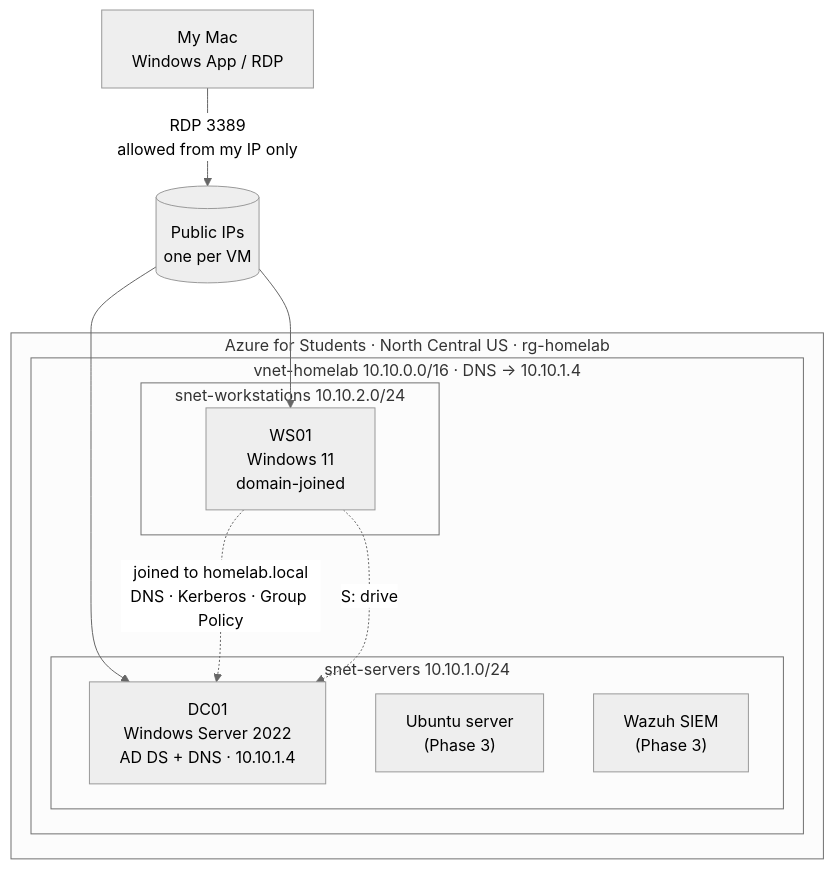
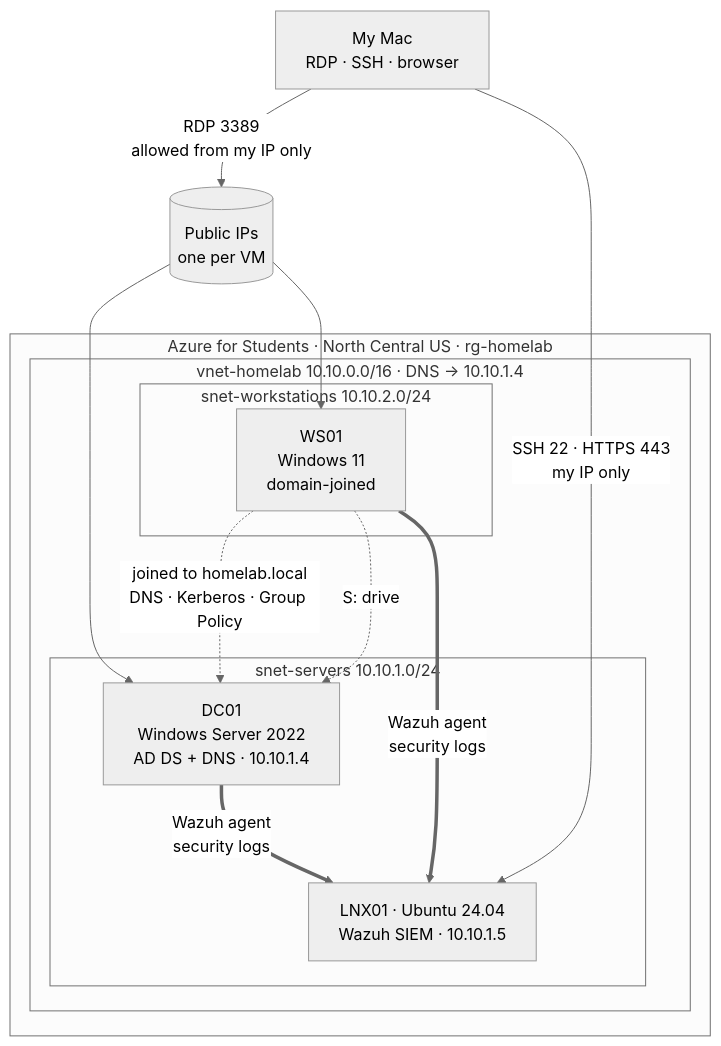
Before and after one commit to tbabaria24-bit/azure-homelab: the diagram in README.md, drawn with Mermaid (neutral theme). The commit also changed other lines of this file and 6 other files, not shown here.

First line of the commit message:
Phase 3 complete: Wazuh SIEM, attack simulation and incident report

````diff
--- a/README.md
+++ b/README.md
@@ -14,20 +14,22 @@
 ```mermaid
 flowchart TB
-    me[My Mac<br/>Windows App / RDP] -- "RDP 3389<br/>allowed from my IP only" --> pip[(Public IPs<br/>one per VM)]
+    me[My Mac<br/>RDP · SSH · browser] -- "RDP 3389<br/>allowed from my IP only" --> pip[(Public IPs<br/>one per VM)]
     subgraph azure["Azure for Students · North Central US · rg-homelab"]
         subgraph vnet["vnet-homelab 10.10.0.0/16 · DNS → 10.10.1.4"]
             subgraph servers["snet-servers 10.10.1.0/24"]
                 dc01["DC01<br/>Windows Server 2022<br/>AD DS + DNS · 10.10.1.4"]
-                lnx["Ubuntu server<br/>(Phase 3)"]
-                siem["Wazuh SIEM<br/>(Phase 3)"]
+                lnx["LNX01 · Ubuntu 24.04<br/>Wazuh SIEM · 10.10.1.5"]
             end
             subgraph ws["snet-workstations 10.10.2.0/24"]
                 ws01["WS01<br/>Windows 11<br/>domain-joined"]
             end
         end
     end
     pip --> dc01
     pip --> ws01
     ws01 -. "joined to homelab.local<br/>DNS · Kerberos · Group Policy" .-> dc01
     ws01 -. "S: drive" .-> dc01
+    dc01 == "Wazuh agent<br/>security logs" ==> lnx
+    ws01 == "Wazuh agent<br/>security logs" ==> lnx
+    me -- "SSH 22 · HTTPS 443<br/>my IP only" --> lnx
 ```
````
